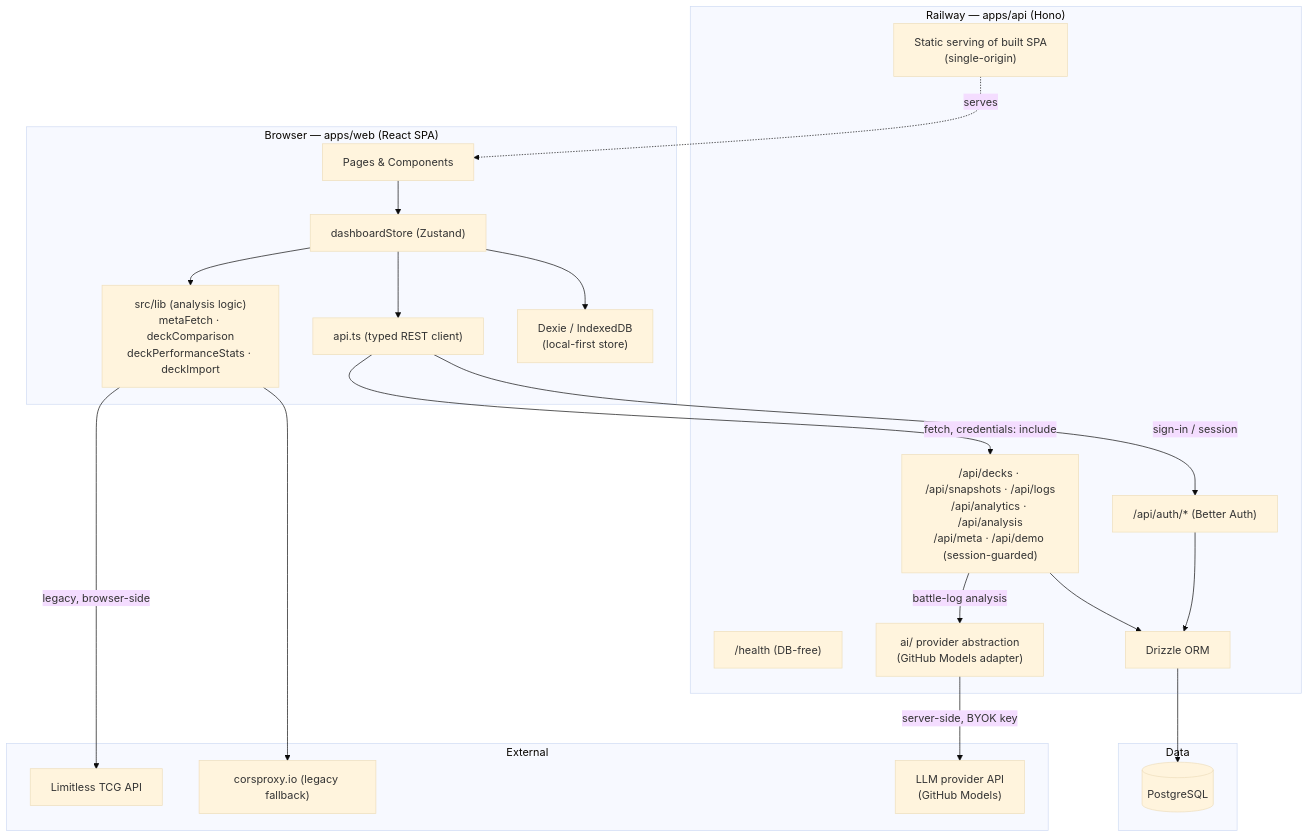
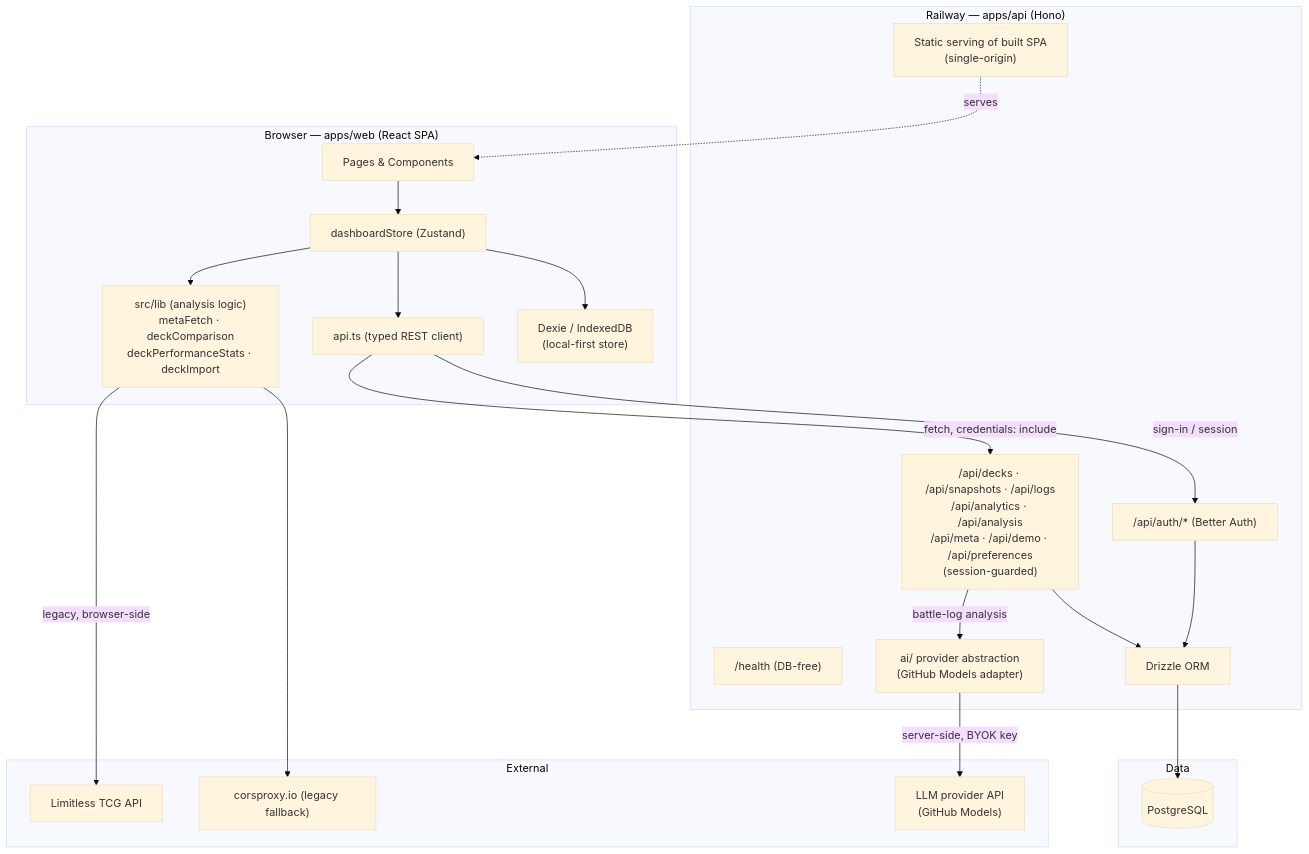
The first of 2 diagrams in docs/architecture.md (konradthiemann/Pokekon), drawn with Mermaid (base theme) before and after one commit. The commit also changed other lines of this file and 30 other files, not shown here.

````diff
--- a/docs/architecture.md
+++ b/docs/architecture.md
@@ -68,44 +68,44 @@
 ```mermaid
 flowchart TD
     subgraph Browser["Browser — apps/web (React SPA)"]
         UI["Pages & Components"]
         Store["dashboardStore (Zustand)"]
         Logic["src/lib (analysis logic)<br/>metaFetch · deckComparison<br/>deckPerformanceStats · deckImport"]
         ApiClient["api.ts (typed REST client)"]
         Dexie["Dexie / IndexedDB<br/>(local-first store)"]
     end
 
     subgraph Server["Railway — apps/api (Hono)"]
         Health["/health (DB-free)"]
         AuthH["/api/auth/* (Better Auth)"]
-        ApiRoutes["/api/decks · /api/snapshots · /api/logs<br/>/api/analytics · /api/analysis<br/>/api/meta · /api/demo (session-guarded)"]
+        ApiRoutes["/api/decks · /api/snapshots · /api/logs<br/>/api/analytics · /api/analysis<br/>/api/meta · /api/demo · /api/preferences<br/>(session-guarded)"]
         AiLayer["ai/ provider abstraction<br/>(GitHub Models adapter)"]
         Static["Static serving of built SPA<br/>(single-origin)"]
         Drizzle["Drizzle ORM"]
     end
 
     subgraph Data["Data"]
         PG[("PostgreSQL")]
     end
 
     subgraph External["External"]
         LimitlessAPI["Limitless TCG API"]
         CORSProxy["corsproxy.io (legacy fallback)"]
         LLMProvider["LLM provider API<br/>(GitHub Models)"]
     end
 
     UI --> Store
     Store --> ApiClient
     Store --> Dexie
     Store --> Logic
     ApiClient -->|"fetch, credentials: include"| ApiRoutes
     ApiClient -->|sign-in / session| AuthH
     Static -.serves.-> UI
     ApiRoutes --> Drizzle
     ApiRoutes -->|battle-log analysis| AiLayer
     AiLayer -->|"server-side, BYOK key"| LLMProvider
     AuthH --> Drizzle
     Drizzle --> PG
     Logic -->|legacy, browser-side| LimitlessAPI
     Logic --> CORSProxy
 ```
````
